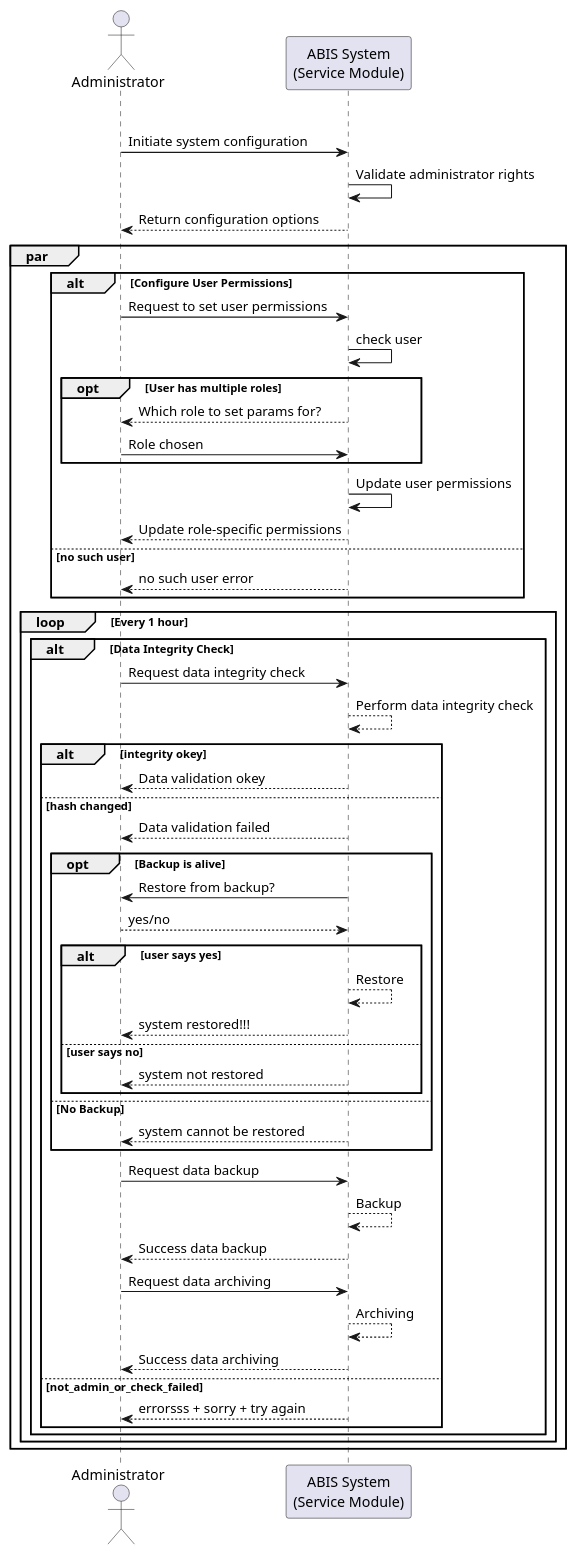
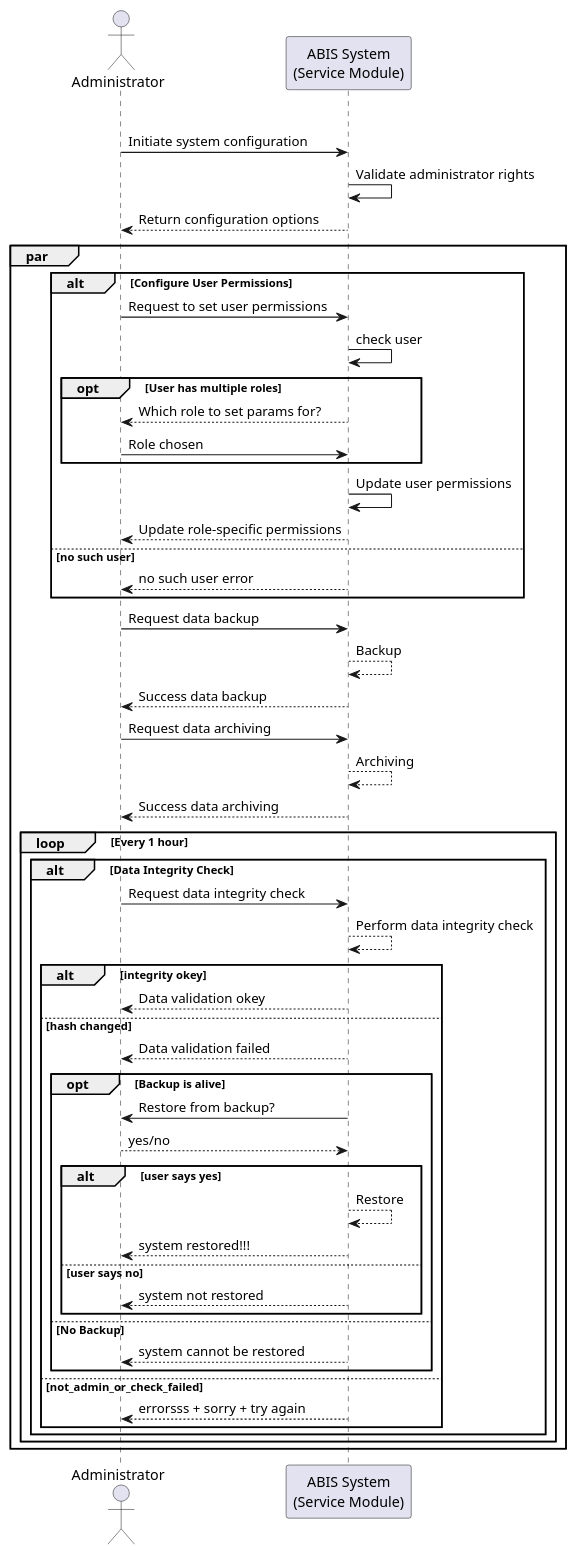
One commit to alemish04/uml_opr_bas changed the diagram in 70.puml. Above: the diagram before and after it, drawn with PlantUML. The commit also changed 2 other files, not shown here.

```diff
--- a/70.puml
+++ b/70.puml
@@ -2,78 +2,81 @@
 @startuml 70
 actor Administrator as A
 participant "ABIS System\n(Service Module)" as ABIS
 
 alt Login_as_admin_okkk
 
 A -> ABIS : Initiate system configuration
 ABIS -> ABIS : Validate administrator rights
 ABIS --> A : Return configuration options
 
 par
 
 
 alt Configure User Permissions
     A -> ABIS : Request to set user permissions
     ABIS -> ABIS : check user
 
         opt User has multiple roles
             ABIS --> A : Which role to set params for?
             A -> ABIS : Role chosen
         end
                     ABIS -> ABIS : Update user permissions
             ABIS --> A : Update role-specific permissions
     else no such user
         ABIS --> A : no such user error
       
 end
 
+    A -> ABIS : Request data backup
+    ABIS -->  ABIS : Backup
+    ABIS --> A : Success data backup
+
+    A -> ABIS : Request data archiving
+    ABIS -->  ABIS : Archiving
+    ABIS --> A : Success data archiving
 
 loop Every 1 hour
 alt Data Integrity Check
     
     A -> ABIS : Request data integrity check
     ABIS -->  ABIS : Perform data integrity check
     alt integrity okey
         ABIS --> A : Data validation okey
       else hash changed
         ABIS --> A : Data validation failed
         opt Backup is alive
           
           ABIS -> A : Restore from backup?
           A --> ABIS : yes/no
           alt user says yes
           ABIS -->  ABIS : Restore
           ABIS --> A : system restored!!!
           else user says no
           ABIS --> A : system not restored
           end
         else No Backup
         ABIS --> A : system cannot be restored
         end
       
         
         
-    A -> ABIS : Request data backup
-    ABIS -->  ABIS : Backup
-    ABIS --> A : Success data backup
 
-    A -> ABIS : Request data archiving
-    ABIS -->  ABIS : Archiving
-    ABIS --> A : Success data archiving
 
 
 
 
 
 else not_admin_or_check_failed
 ABIS --> A : errorsss + sorry + try again
 
 end
 
 end
 end
+
+
 end
 
 
 
 @enduml
```
